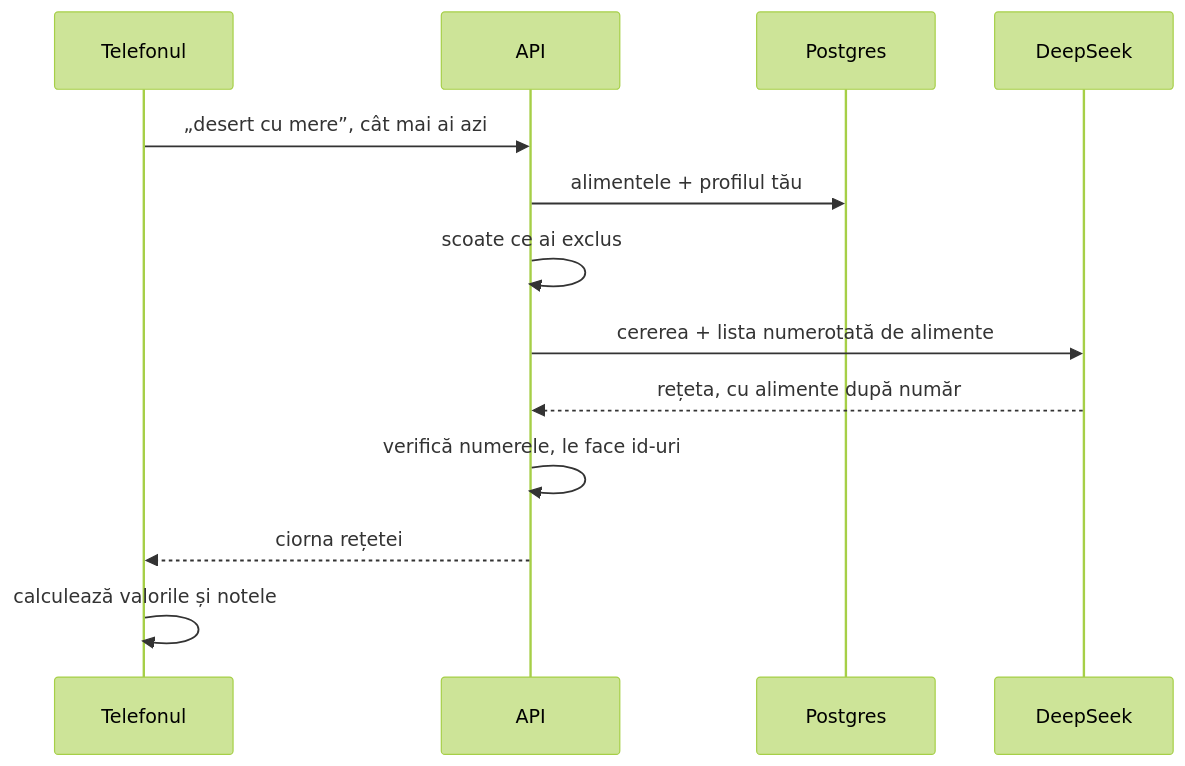
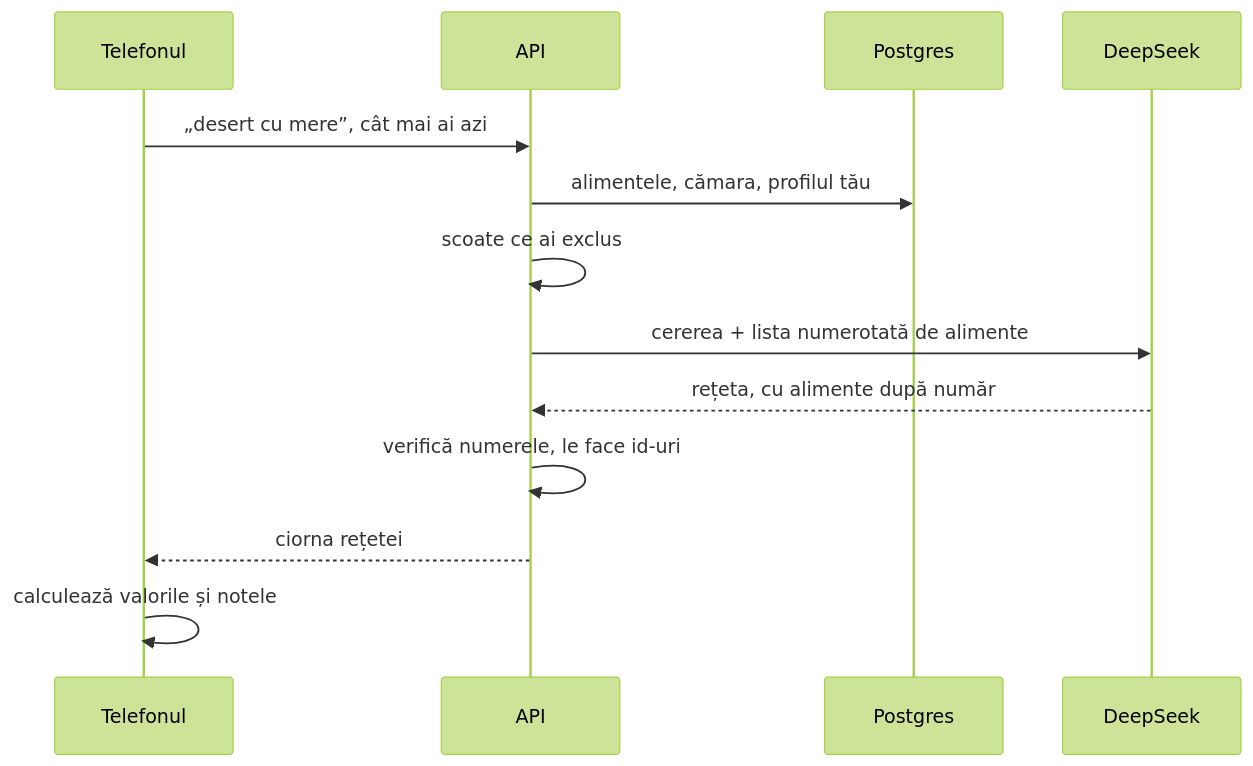
Before and after one commit to developedbyflow/macro-mate: the second of 3 diagrams in docs/ghid/06-alimente-scanare-ai.md, drawn with Mermaid (forest theme). The commit also changed other lines of this file and 56 other files, not shown here.

````diff
--- a/docs/ghid/06-alimente-scanare-ai.md
+++ b/docs/ghid/06-alimente-scanare-ai.md
@@ -79,15 +105,15 @@
 ```mermaid
 sequenceDiagram
   participant T as Telefonul
   participant A as API
   participant P as Postgres
   participant D as DeepSeek
   T->>A: „desert cu mere”, cât mai ai azi
-  A->>P: alimentele + profilul tău
+  A->>P: alimentele, cămara, profilul tău
   A->>A: scoate ce ai exclus
   A->>D: cererea + lista numerotată de alimente
   D-->>A: rețeta, cu alimente după număr
   A->>A: verifică numerele, le face id-uri
   A-->>T: ciorna rețetei
   T->>T: calculează valorile și notele
 ```
````
